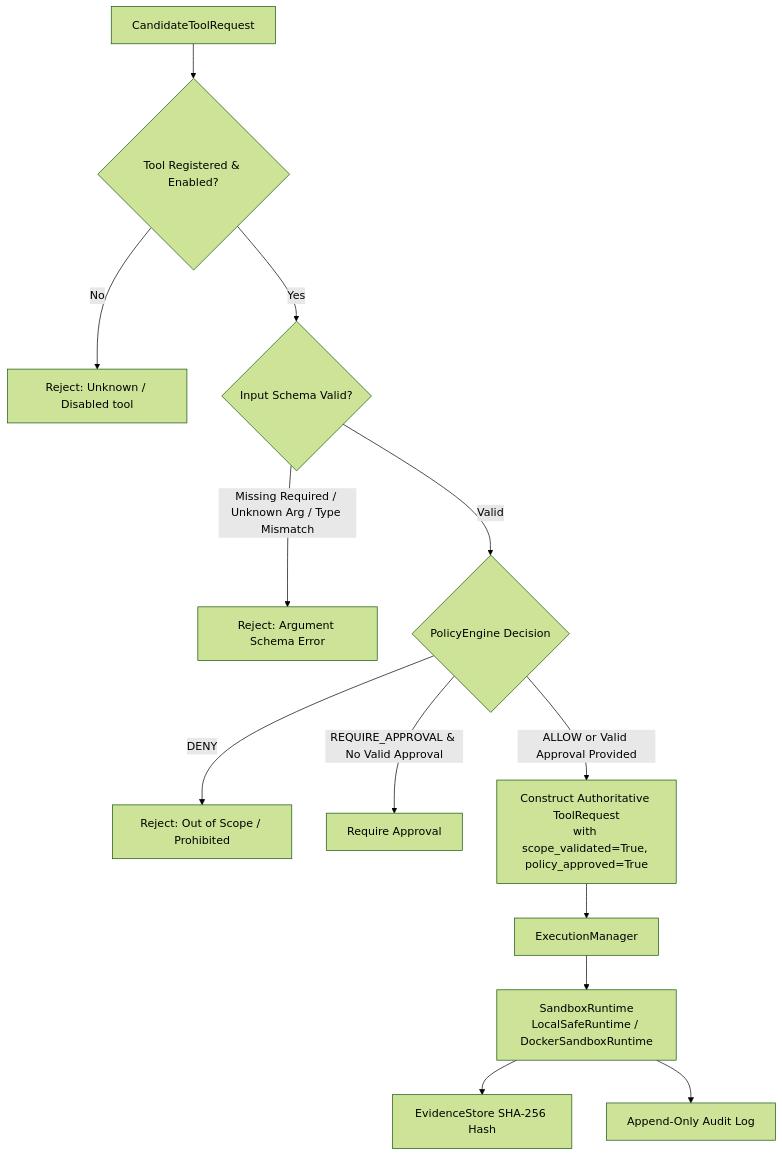
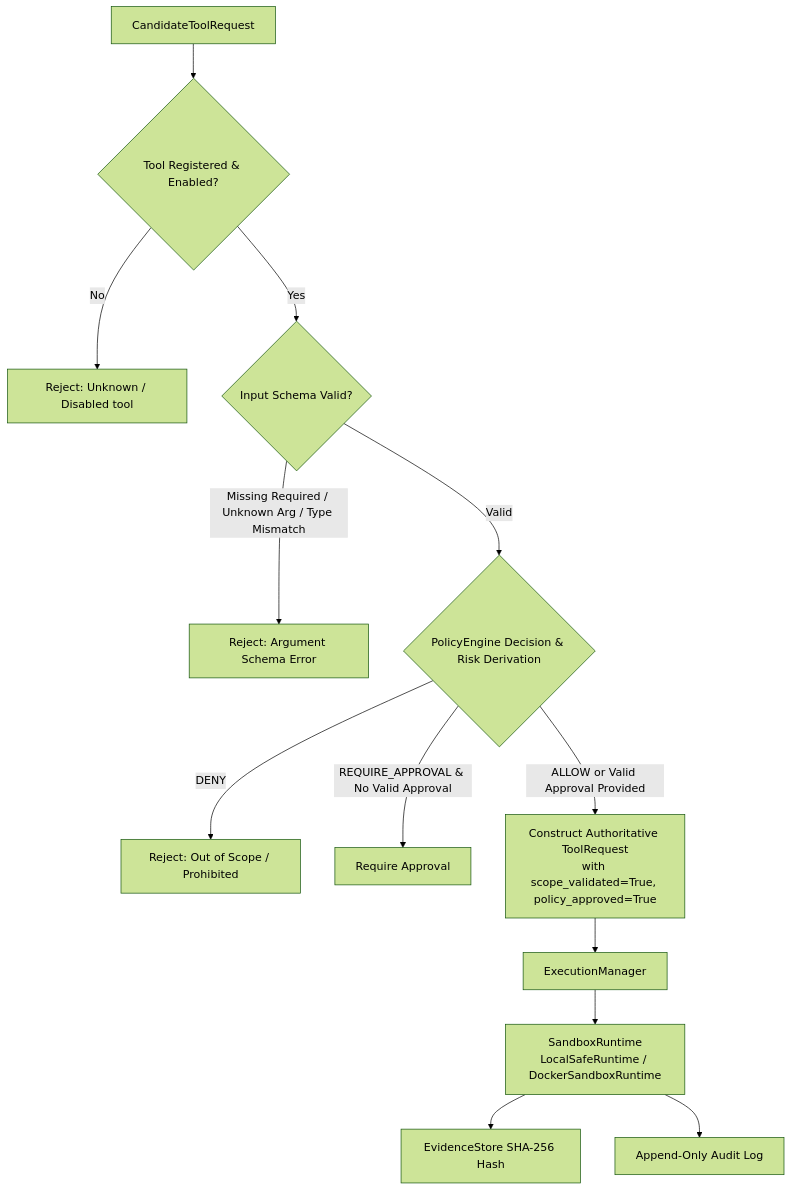
Before and after one commit to jivi001/ARKA: the diagram in docs/security/tool-execution-security.md, drawn with Mermaid (forest theme). The commit also changed other lines of this file and 23 other files, not shown here.

````diff
--- a/docs/security/tool-execution-security.md
+++ b/docs/security/tool-execution-security.md
@@ -11,18 +11,18 @@
 ```mermaid
 flowchart TD
     Candidate[CandidateToolRequest] --> CheckExist{Tool Registered & Enabled?}
     CheckExist -->|No| Fail1[Reject: Unknown / Disabled tool]
     
     CheckExist -->|Yes| SchemaCheck{Input Schema Valid?}
     SchemaCheck -->|Missing Required / Unknown Arg / Type Mismatch| Fail2[Reject: Argument Schema Error]
     
-    SchemaCheck -->|Valid| PolicyEval{PolicyEngine Decision}
+    SchemaCheck -->|Valid| PolicyEval{PolicyEngine Decision & Risk Derivation}
     PolicyEval -->|DENY| Fail3[Reject: Out of Scope / Prohibited]
     PolicyEval -->|REQUIRE_APPROVAL & No Valid Approval| Fail4[Require Approval]
     
     PolicyEval -->|ALLOW or Valid Approval Provided| Construct[Construct Authoritative ToolRequest\nwith scope_validated=True, policy_approved=True]
     Construct --> ExecMgr[ExecutionManager]
     ExecMgr --> Sandbox[SandboxRuntime\nLocalSafeRuntime / DockerSandboxRuntime]
     Sandbox --> Evidence[EvidenceStore SHA-256 Hash]
     Sandbox --> Audit[Append-Only Audit Log]
 ```
````
